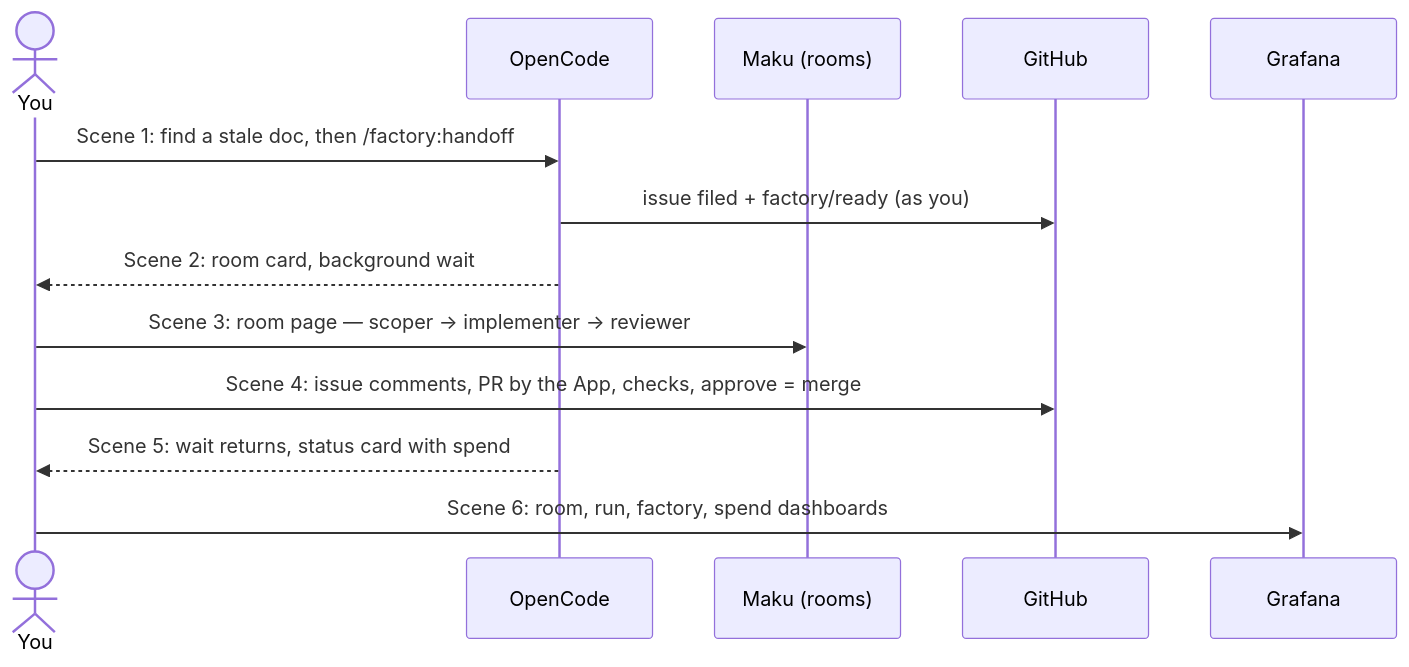
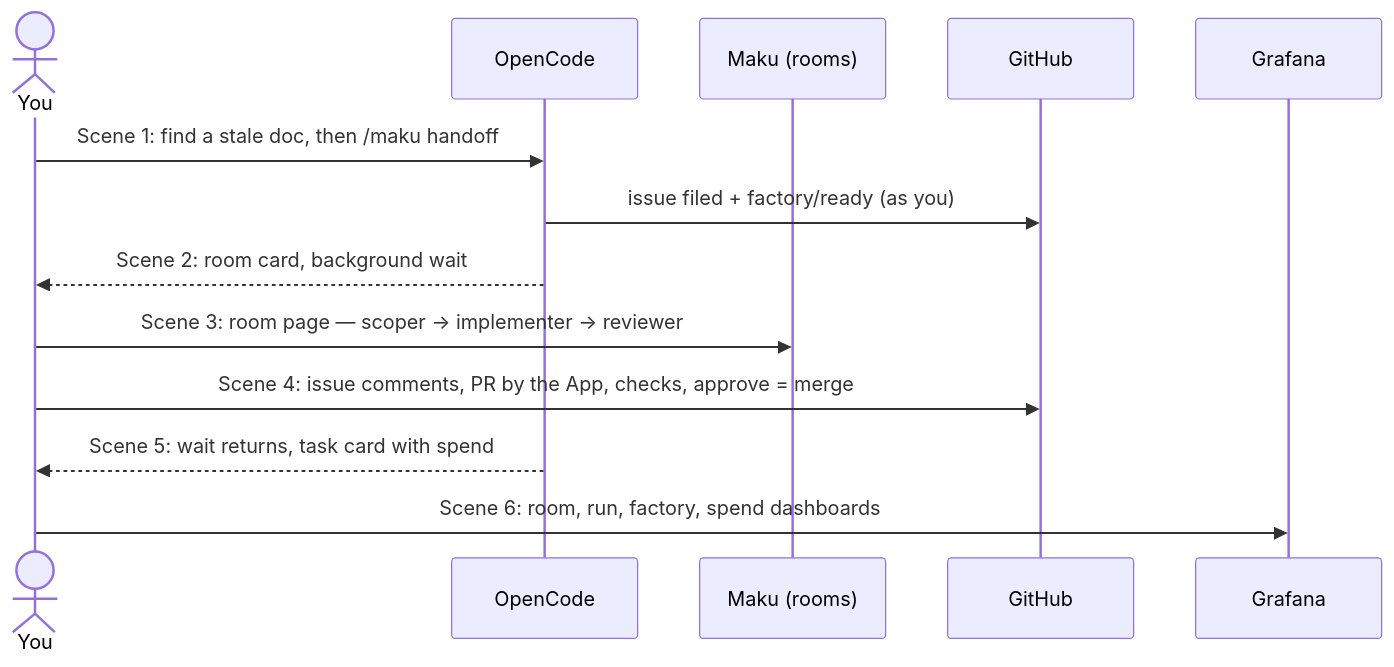
Before and after one commit to Smana/ai-native-ref: the diagram in docs/runbooks/agent-factory/24-screencast.md, drawn with Mermaid. The commit also changed other lines of this file, not shown here.

First line of the commit message:
docs(runbooks): 24-screencast uses current maku tool and command names

````diff
--- a/docs/runbooks/agent-factory/24-screencast.md
+++ b/docs/runbooks/agent-factory/24-screencast.md
@@ -21,15 +21,15 @@
 ```mermaid
 sequenceDiagram
   actor You
   participant OC as OpenCode
   participant M as Maku (rooms)
   participant GH as GitHub
   participant G as Grafana
-  You->>OC: Scene 1: find a stale doc, then /factory:handoff
+  You->>OC: Scene 1: find a stale doc, then /maku handoff
   OC->>GH: issue filed + factory/ready (as you)
   OC-->>You: Scene 2: room card, background wait
   You->>M: Scene 3: room page — scoper → implementer → reviewer
   You->>GH: Scene 4: issue comments, PR by the App, checks, approve = merge
-  OC-->>You: Scene 5: wait returns, status card with spend
+  OC-->>You: Scene 5: wait returns, task card with spend
   You->>G: Scene 6: room, run, factory, spend dashboards
 ```
````
